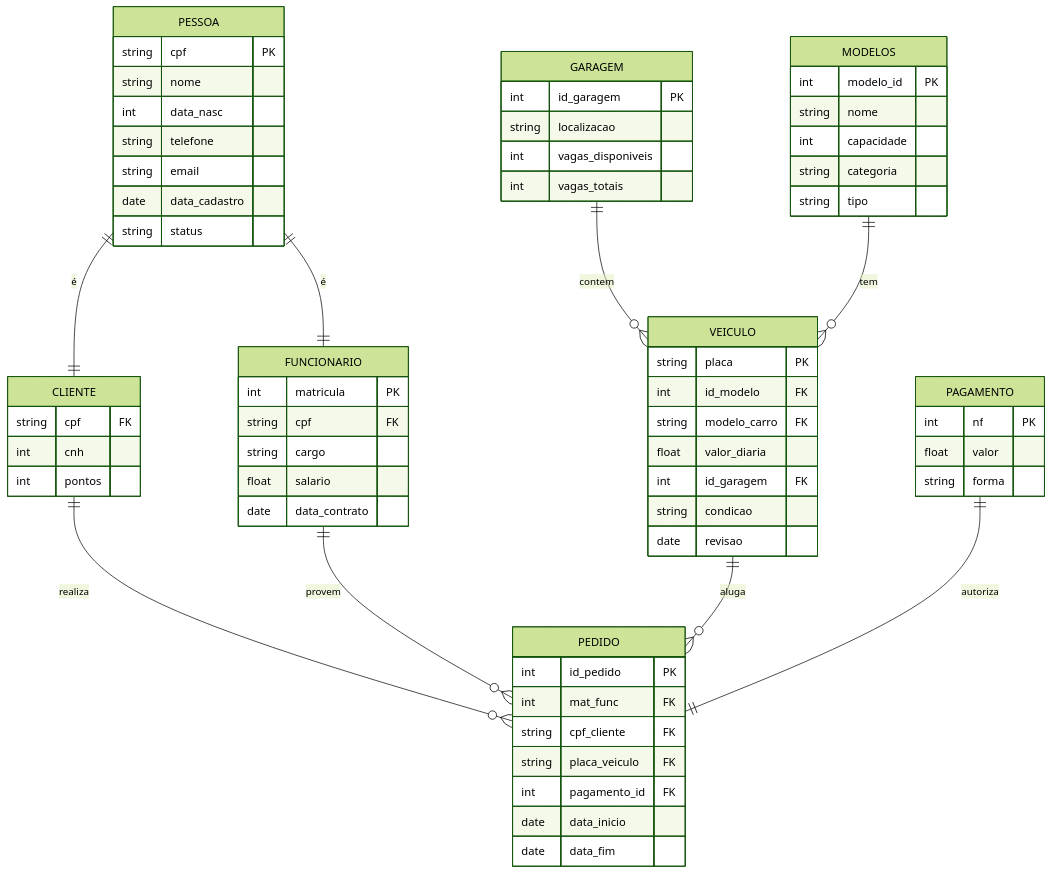
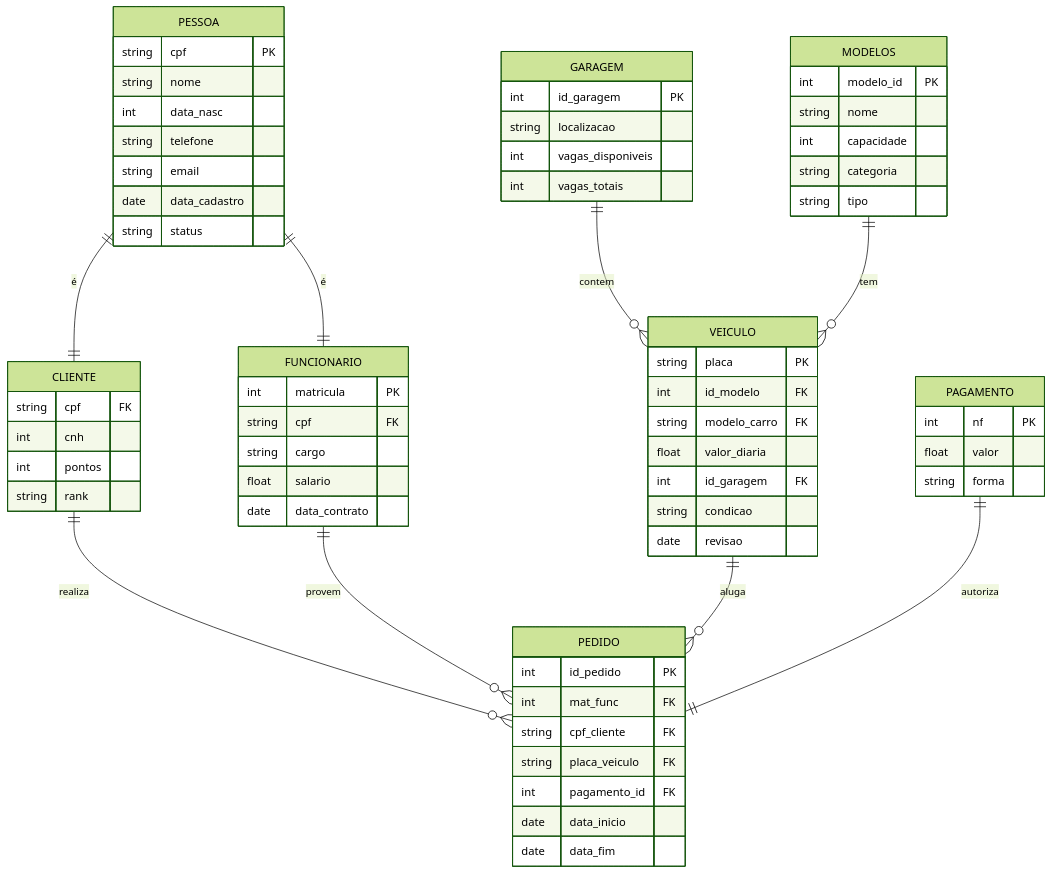
Before and after one commit to pedro-tsa/alucar: the diagram in README.md, drawn with Mermaid (forest theme).

Commit message:
Add rank field to CLIENTE structure

````diff
--- a/README.md
+++ b/README.md
@@ -3,80 +3,81 @@
 ```mermaid
     erDiagram
 
 PESSOA {
     string cpf PK
     string nome
     int data_nasc
     string telefone
     string email
     date data_cadastro
     string status
 }
 
 CLIENTE {
     string cpf FK
     int cnh
     int pontos
+    string rank
 }
 
 FUNCIONARIO {
     int matricula PK
     string cpf FK
     string cargo
     float salario
     date data_contrato
 }
 
 VEICULO {
     string placa PK
     int id_modelo FK
     string modelo_carro FK
     float valor_diaria
     int id_garagem FK
     string condicao
     date revisao
 }
 
 MODELOS {
     int modelo_id PK
     string nome
     int capacidade
     string categoria
     string tipo
 }
 
 GARAGEM {
     int id_garagem PK
     string localizacao
     int vagas_disponiveis
     int vagas_totais
 }
 
 PAGAMENTO {
     int nf PK
     float valor
     string forma
 }
 
 PEDIDO {
     int id_pedido PK
     int mat_func FK
     string cpf_cliente FK
     string placa_veiculo FK
     int pagamento_id FK
     date data_inicio
     date data_fim
 }
 PESSOA ||--|| CLIENTE : "é"
 PESSOA ||--|| FUNCIONARIO : "é"
 
 GARAGEM ||--o{ VEICULO : contem
 MODELOS ||--o{ VEICULO : tem
 
 CLIENTE ||--o{ PEDIDO : realiza
 FUNCIONARIO ||--o{ PEDIDO : provem
 VEICULO ||--o{ PEDIDO : aluga
 
 PAGAMENTO ||--|| PEDIDO : autoriza
 
 ```
````
